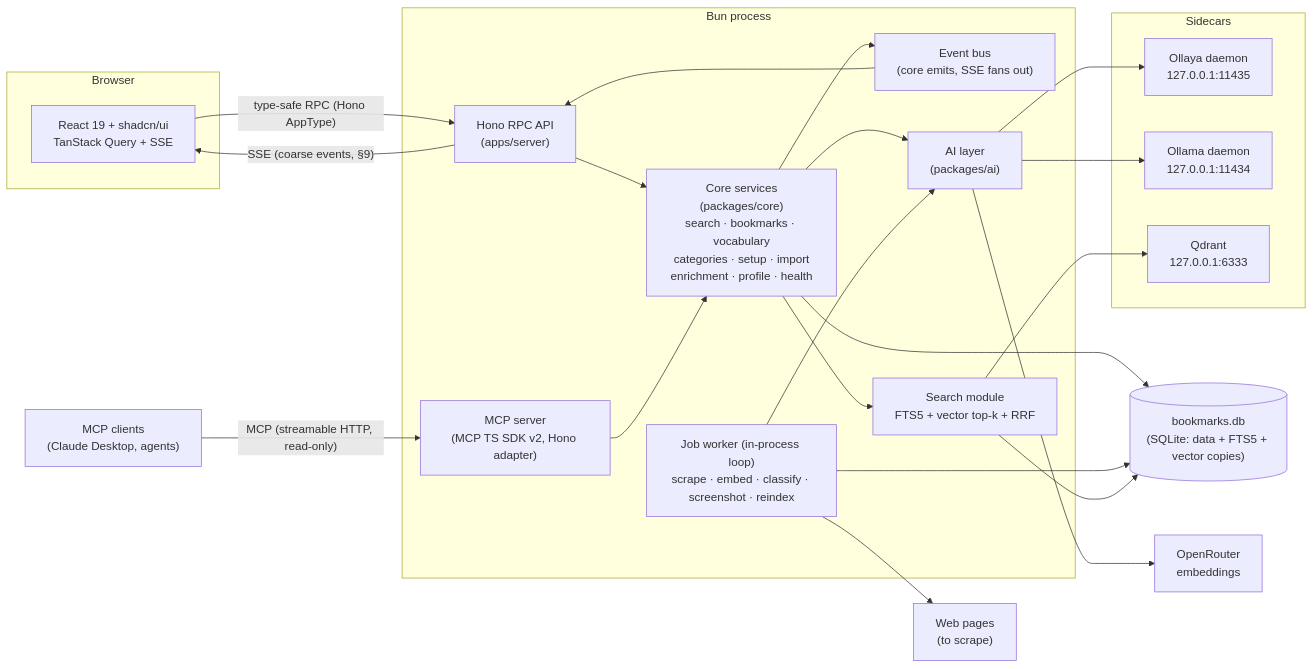
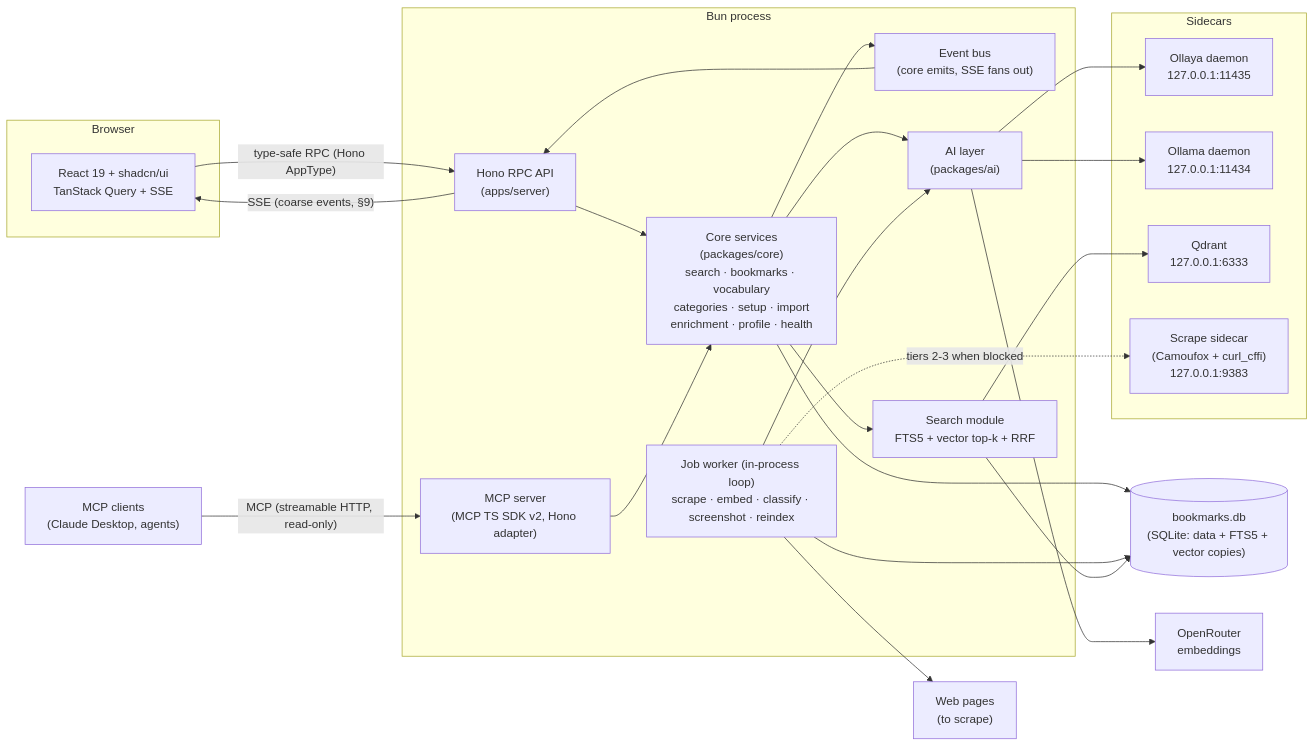
Before and after one commit to leonistor/al-yo-bo: the first of 2 diagrams in docs/ARCHITECTURE.md, drawn with Mermaid. The commit also changed other lines of this file and 2 other files, not shown here.

Commit message:
docs: scrape sidecar tier ladder, alternatives, deployment

````diff
--- a/docs/ARCHITECTURE.md
+++ b/docs/ARCHITECTURE.md
@@ -82,48 +84,50 @@
 ```mermaid
 flowchart LR
   subgraph browser [Browser]
     Web["React 19 + shadcn/ui\nTanStack Query + SSE"]
   end
 
   MCPC["MCP clients\n(Claude Desktop, agents)"]
 
   subgraph bun [Bun process]
     API["Hono RPC API\n(apps/server)"]
     MCP["MCP server\n(MCP TS SDK v2, Hono adapter)"]
     Core["Core services\n(packages/core)\nsearch · bookmarks · vocabulary\ncategories · setup · import\nenrichment · profile · health"]
     Bus["Event bus\n(core emits, SSE fans out)"]
     Worker["Job worker (in-process loop)\nscrape · embed · classify · screenshot · reindex"]
     Search["Search module\nFTS5 + vector top-k + RRF"]
     AI["AI layer\n(packages/ai)"]
   end
 
   DB[("bookmarks.db\n(SQLite: data + FTS5 + vector copies)")]
 
   subgraph sidecars [Sidecars]
     Ollaya["Ollaya daemon\n127.0.0.1:11435"]
     Ollama["Ollama daemon\n127.0.0.1:11434"]
     Qdrant["Qdrant\n127.0.0.1:6333"]
+    Scrape["Scrape sidecar\n(Camoufox + curl_cffi)\n127.0.0.1:9383"]
   end
 
   OR["OpenRouter\nembeddings"]
   Sites["Web pages\n(to scrape)"]
 
   Web -- "type-safe RPC (Hono AppType)" --> API
   API -- "SSE (coarse events, §9)" --> Web
   MCPC -- "MCP (streamable HTTP, read-only)" --> MCP
   API --> Core
   MCP --> Core
   Core --> Search
   Core --> AI
   Core --> DB
   Core --> Bus
   Bus --> API
   Worker --> DB
   Worker --> AI
   Worker --> Sites
+  Worker -. "tiers 2-3 when blocked" .-> Scrape
   Search --> DB
   Search --> Qdrant
   AI --> Ollaya
   AI --> Ollama
   AI --> OR
 ```
````
